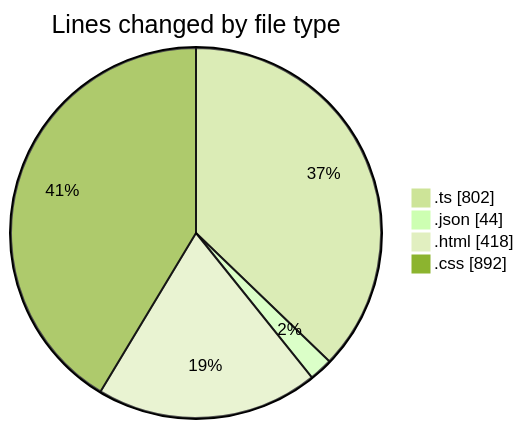
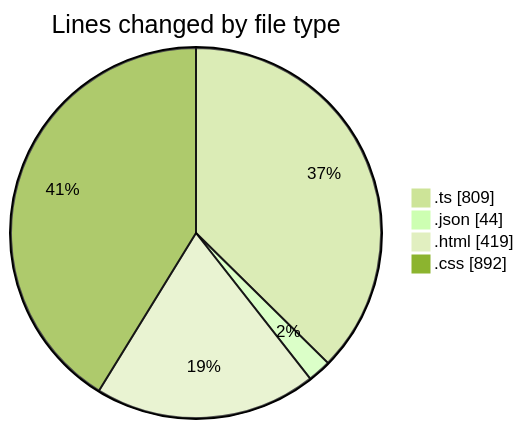
Before and after one commit to igalym/code-tracking: the first of 2 diagrams in 2026-06-16/cinema_3/README.md, drawn with Mermaid (forest theme). The commit also changed other lines of this file and 1 other file, not shown here.

````diff
--- a/2026-06-16/cinema_3/README.md
+++ b/2026-06-16/cinema_3/README.md
@@ -33,8 +33,8 @@
 ```mermaid
 pie showData
 title Lines changed by file type
-".ts" : 802
+".ts" : 809
 ".json" : 44
-".html" : 418
+".html" : 419
 ".css" : 892
 ```
````
